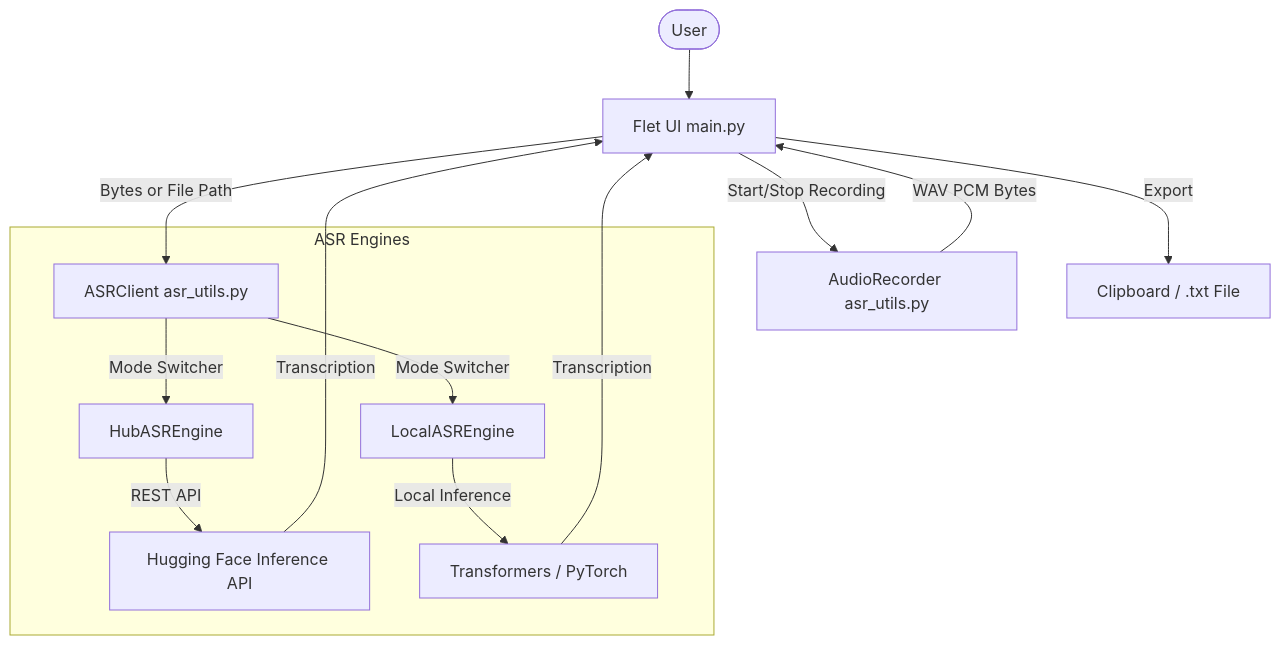
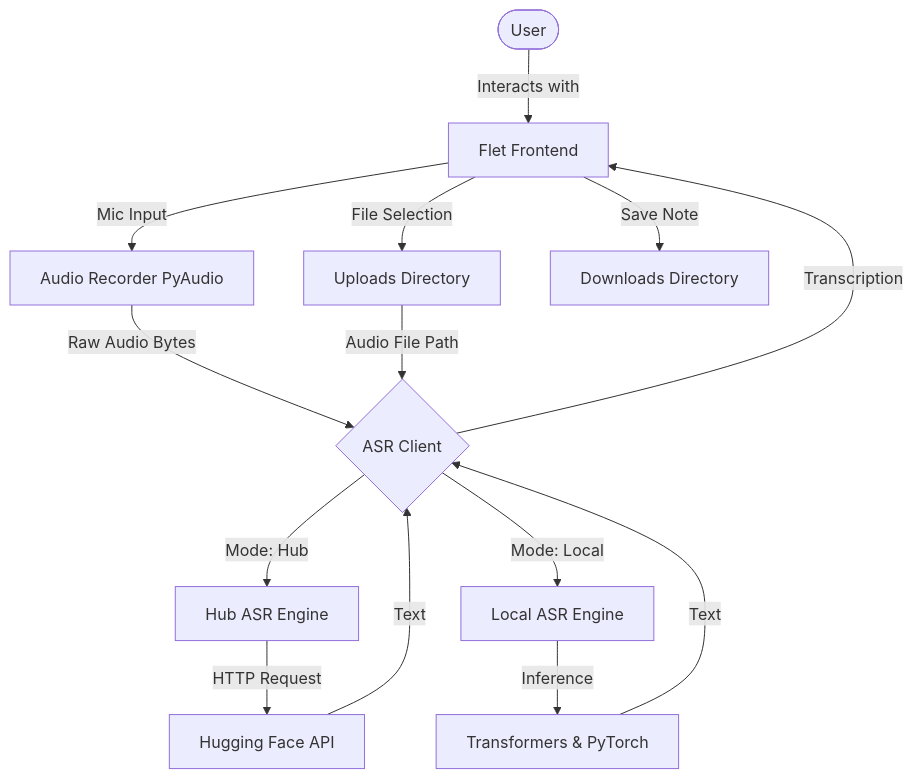
Before and after one commit to cornelius080/AIDemoProjectsRepository: the diagram in ASR_Notepad/README.md, drawn with Mermaid. The commit also changed other lines of this file, not shown here.

Commit message:
Upload readme asr_notepad

````diff
--- a/ASR_Notepad/README.md
+++ b/ASR_Notepad/README.md
@@ -33,18 +33,21 @@
 ```mermaid
 graph TD
-    User([User]) --> UI[Flet UI main.py]
-    UI -->|Start/Stop Recording| AR[AudioRecorder asr_utils.py]
-    AR -->|WAV PCM Bytes| UI
-    UI -->|Bytes or File Path| AC[ASRClient asr_utils.py]
+    User([User]) --> |Interacts with| FletUI[Flet Frontend]
+    FletUI --> |Mic Input| AudioRec[Audio Recorder PyAudio]
+    FletUI --> |File Selection| Upload[Uploads Directory]
+    FletUI --> |Save Note| Download[Downloads Directory]
     
-    subgraph ASR Engines
-        AC -->|Mode Switcher| HE[HubASREngine]
-        AC -->|Mode Switcher| LE[LocalASREngine]
-        HE -->|REST API| HF[Hugging Face Inference API]
-        LE -->|Local Inference| TM[Transformers / PyTorch]
-    end
-
-    HF -->|Transcription| UI
-    TM -->|Transcription| UI
-    UI -->|Export| Out[Clipboard / .txt File]
+    AudioRec --> |Raw Audio Bytes| ASRClient{ASR Client}
+    Upload --> |Audio File Path| ASRClient
+    
+    ASRClient --> |Mode: Hub| HubEngine[Hub ASR Engine]
+    ASRClient --> |Mode: Local| LocalEngine[Local ASR Engine]
+    
+    HubEngine --> |HTTP Request| HF[Hugging Face API]
+    LocalEngine --> |Inference| Transformers[Transformers & PyTorch]
+    
+    HF --> |Text| ASRClient
+    Transformers --> |Text| ASRClient
+    
+    ASRClient --> |Transcription| FletUI
 ```
````
